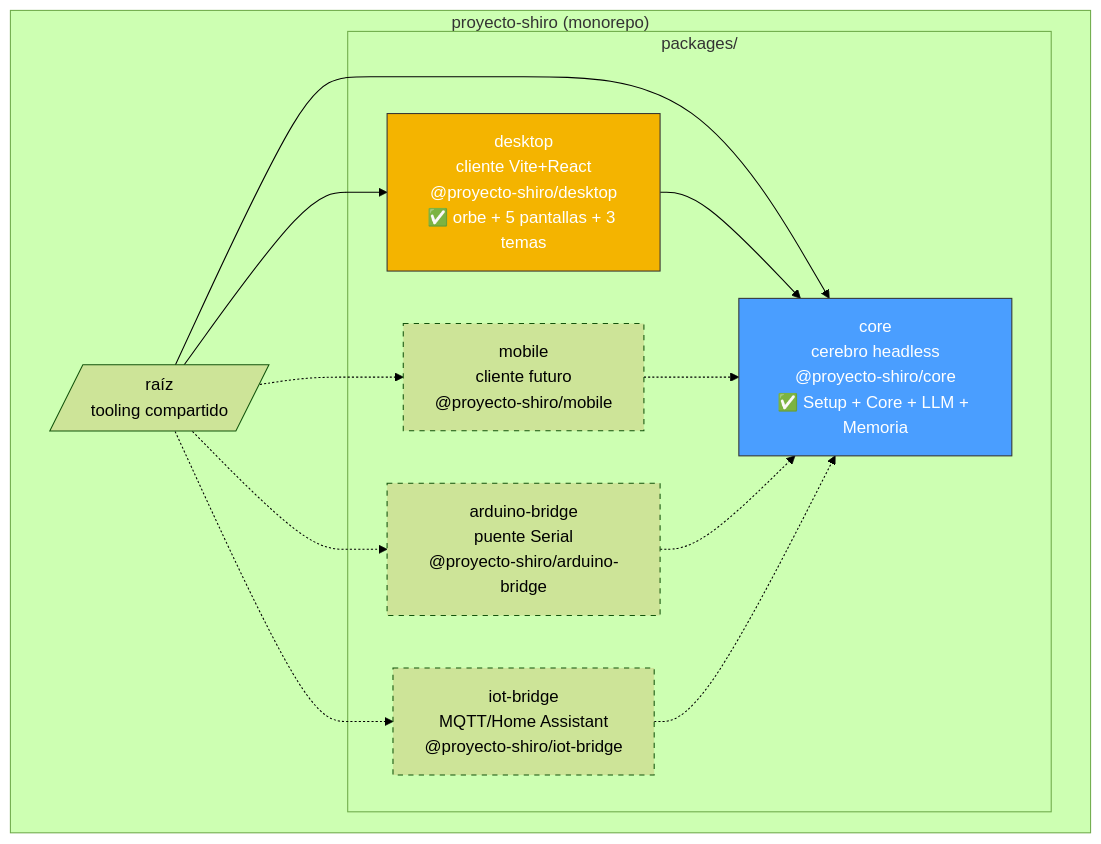
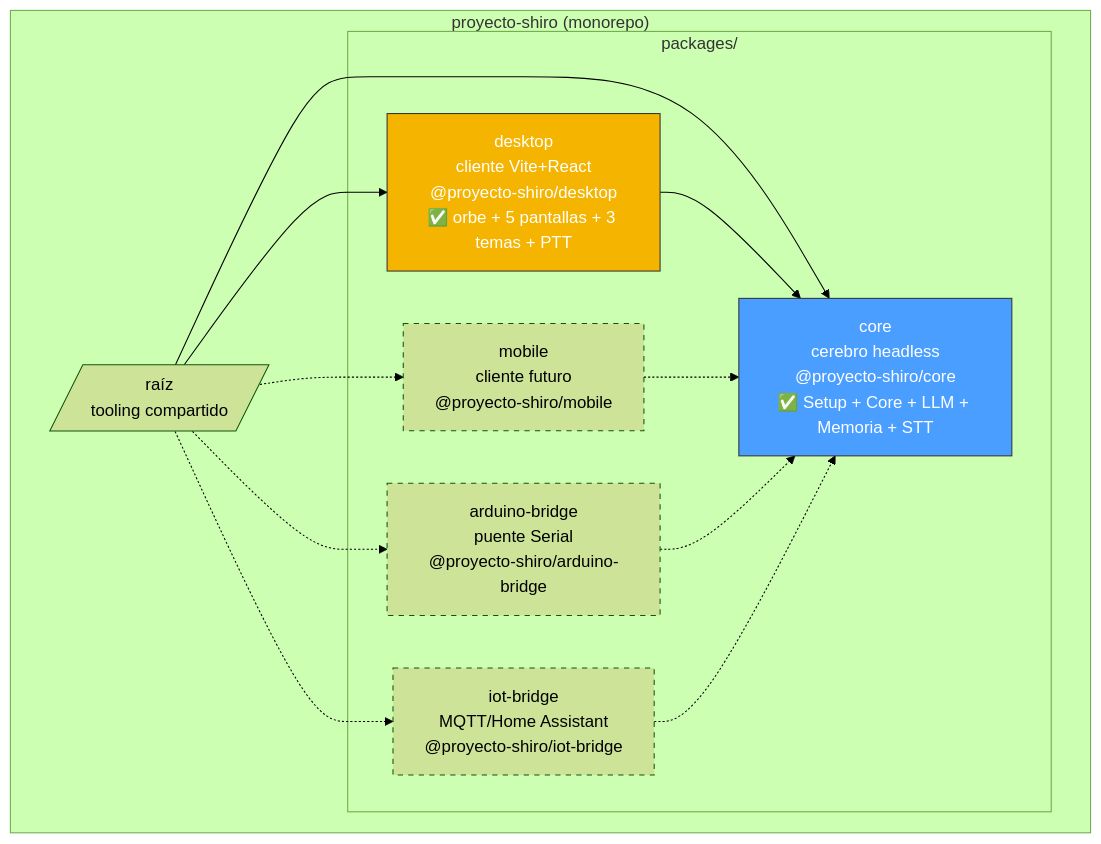
The first of 6 diagrams in docs/architecture.md (Pipelol0723/proyecto-shiro), drawn with Mermaid (forest theme) before and after one commit. The commit also changed other lines of this file and 3 other files, not shown here.

First line of the commit message:
docs: cierre del hito STT en README + architecture + CLAUDE + plan

````diff
--- a/docs/architecture.md
+++ b/docs/architecture.md
@@ -27,31 +31,31 @@
 ```mermaid
 graph TB
     subgraph "proyecto-shiro (monorepo)"
         Root[/"raíz<br>tooling compartido"/]
 
         subgraph "packages/"
-            Core["core<br>cerebro headless<br>@proyecto-shiro/core<br>✅ Setup + Core + LLM + Memoria"]
-            Desktop["desktop<br>cliente Vite+React<br>@proyecto-shiro/desktop<br>✅ orbe + 5 pantallas + 3 temas"]
+            Core["core<br>cerebro headless<br>@proyecto-shiro/core<br>✅ Setup + Core + LLM + Memoria + STT"]
+            Desktop["desktop<br>cliente Vite+React<br>@proyecto-shiro/desktop<br>✅ orbe + 5 pantallas + 3 temas + PTT"]
             Mobile["mobile<br>cliente futuro<br>@proyecto-shiro/mobile"]
             Arduino["arduino-bridge<br>puente Serial<br>@proyecto-shiro/arduino-bridge"]
             IoT["iot-bridge<br>MQTT/Home Assistant<br>@proyecto-shiro/iot-bridge"]
         end
 
         Root --> Core
         Root --> Desktop
         Root -.-> Mobile
         Root -.-> Arduino
         Root -.-> IoT
 
         Desktop --> Core
         Mobile -.-> Core
         Arduino -.-> Core
         IoT -.-> Core
     end
 
     style Core fill:#4a9eff,stroke:#333,color:#fff
     style Desktop fill:#f4b400,stroke:#333,color:#fff
     style Mobile stroke-dasharray: 5 5
     style Arduino stroke-dasharray: 5 5
     style IoT stroke-dasharray: 5 5
 ```
````
